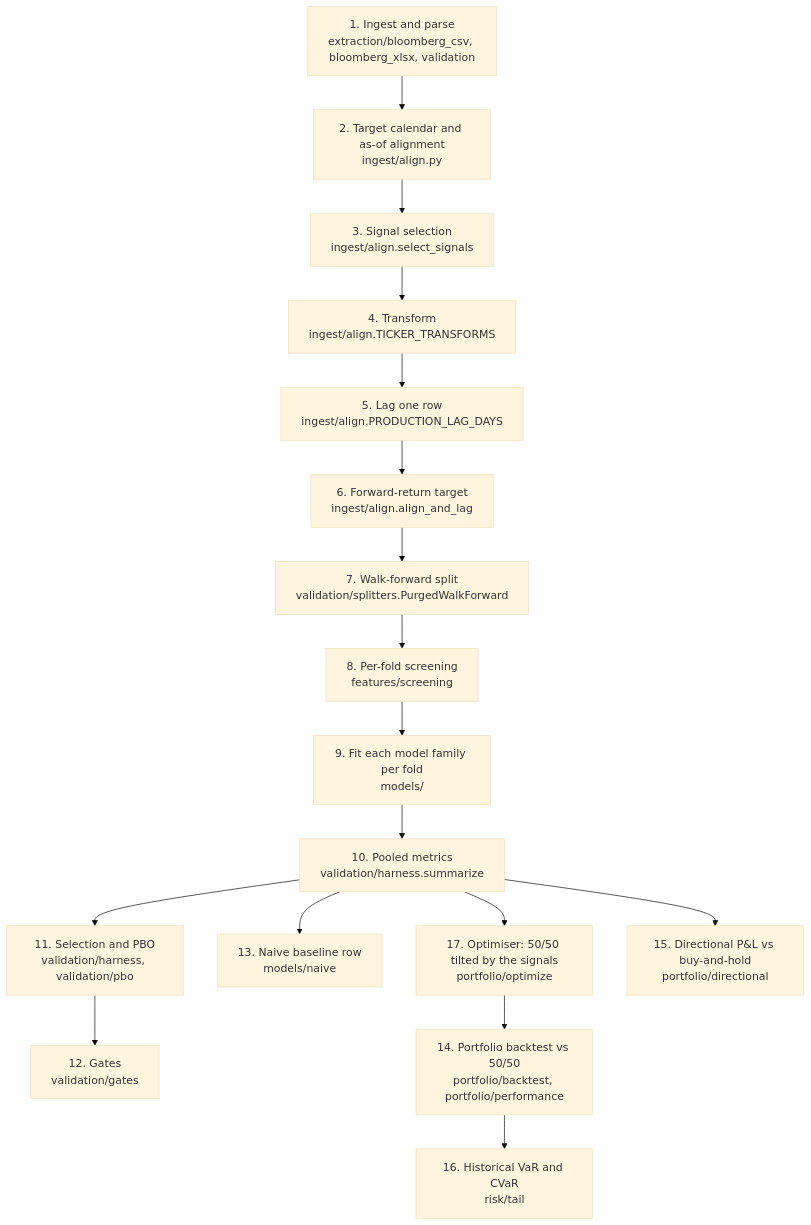
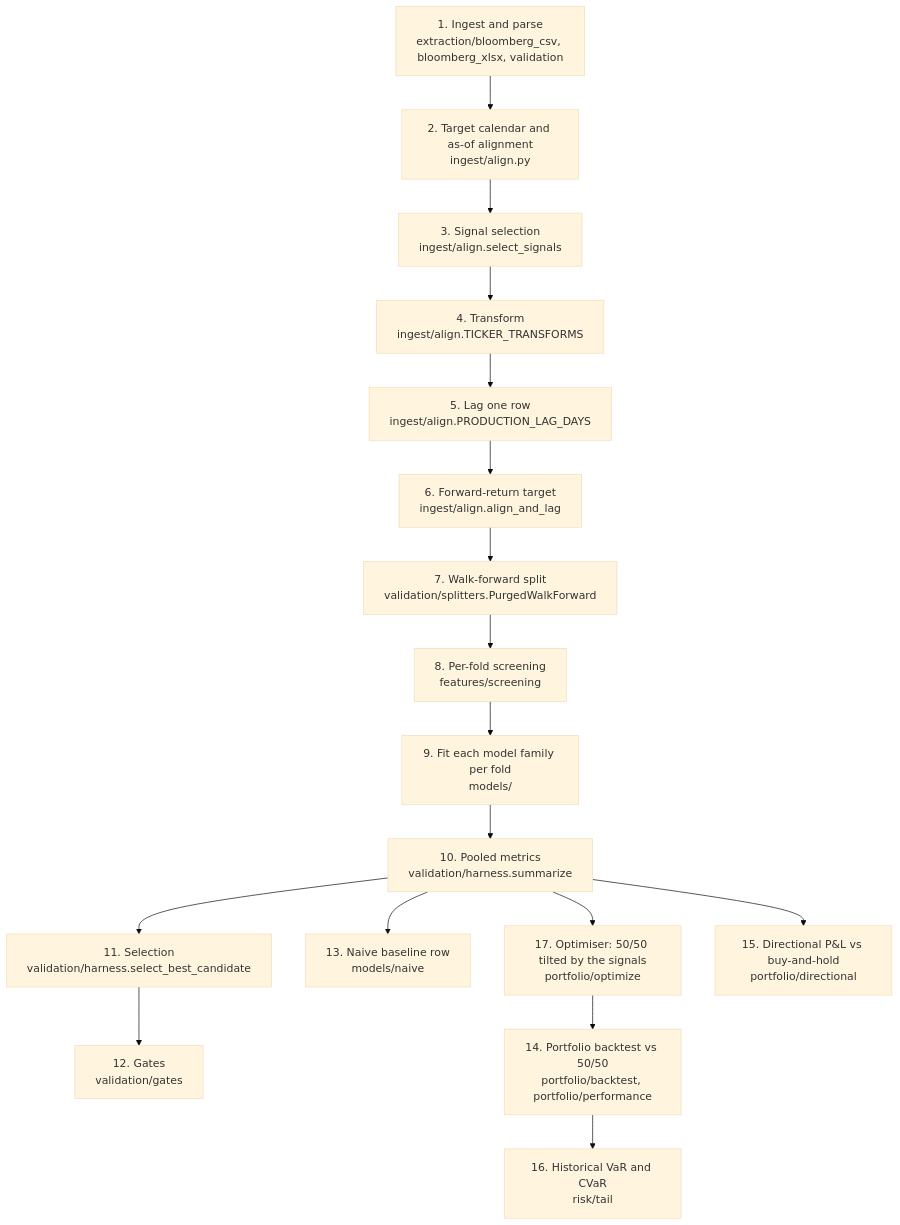
Before and after one commit to QuekKangSheng/forecasting-engine: the diagram in docs/methodology.md, drawn with Mermaid (base theme). The commit also changed other lines of this file and 5 other files, not shown here.

````diff
--- a/docs/methodology.md
+++ b/docs/methodology.md
@@ -14,21 +14,21 @@
 ```mermaid
 flowchart TD
     A["1. Ingest and parse<br/>extraction/bloomberg_csv, bloomberg_xlsx, validation"] --> B
     B["2. Target calendar and as-of alignment<br/>ingest/align.py"] --> C
     C["3. Signal selection<br/>ingest/align.select_signals"] --> D
     D["4. Transform<br/>ingest/align.TICKER_TRANSFORMS"] --> E
     E["5. Lag one row<br/>ingest/align.PRODUCTION_LAG_DAYS"] --> F
     F["6. Forward-return target<br/>ingest/align.align_and_lag"] --> G
     G["7. Walk-forward split<br/>validation/splitters.PurgedWalkForward"] --> H
     H["8. Per-fold screening<br/>features/screening"] --> I
     I["9. Fit each model family per fold<br/>models/"] --> J
     J["10. Pooled metrics<br/>validation/harness.summarize"] --> K
-    K["11. Selection and PBO<br/>validation/harness, validation/pbo"] --> L
+    K["11. Selection<br/>validation/harness.select_best_candidate"] --> L
     L["12. Gates<br/>validation/gates"]
     J --> M["13. Naive baseline row<br/>models/naive"]
     J --> Q["17. Optimiser: 50/50 tilted by the signals<br/>portfolio/optimize"]
     Q --> N["14. Portfolio backtest vs 50/50<br/>portfolio/backtest, portfolio/performance"]
     N --> P
     J --> O["15. Directional P&L vs buy-and-hold<br/>portfolio/directional"]
     P["16. Historical VaR and CVaR<br/>risk/tail"]
 ```
````
